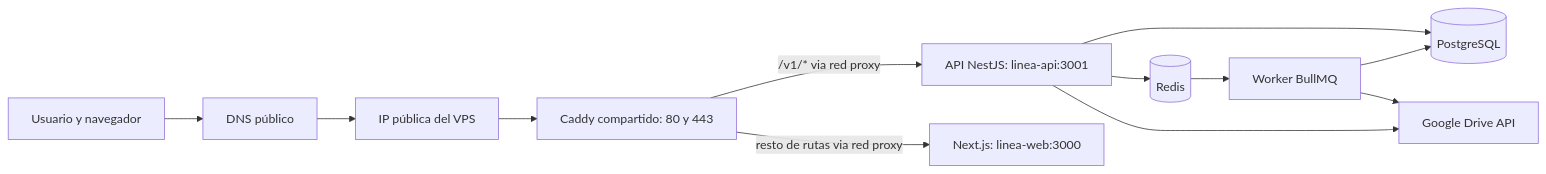
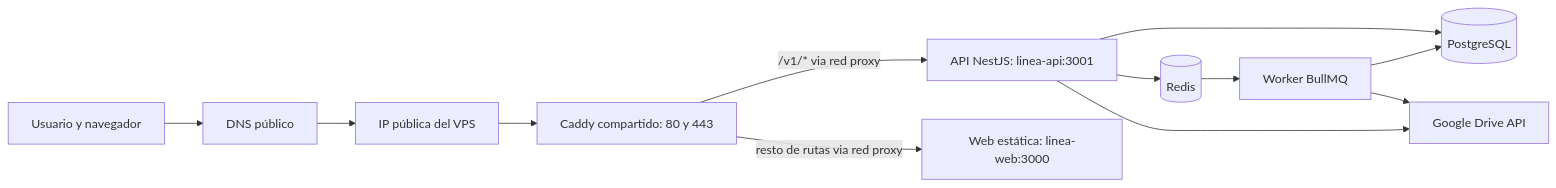
One commit to aadolfo8/linea-de-vida changed the first of 2 diagrams in docs/ci-cd-vps-guia-completa.md. Above: the diagram before and after it, drawn with Mermaid. The commit also changed other lines of this file and 8 other files, not shown here.

````diff
--- a/docs/ci-cd-vps-guia-completa.md
+++ b/docs/ci-cd-vps-guia-completa.md
@@ -31,14 +31,14 @@
 ```mermaid
 flowchart LR
     U[Usuario y navegador] --> DNS[DNS público]
     DNS --> VPS[IP pública del VPS]
     VPS --> N[Caddy compartido: 80 y 443]
     N -->|/v1/* via red proxy| API[API NestJS: linea-api:3001]
-    N -->|resto de rutas via red proxy| WEB[Next.js: linea-web:3000]
+    N -->|resto de rutas via red proxy| WEB[Web estática: linea-web:3000]
     API --> DB[(PostgreSQL)]
     API --> R[(Redis)]
     API --> G[Google Drive API]
     R --> W[Worker BullMQ]
     W --> DB
     W --> G
 ```
````
